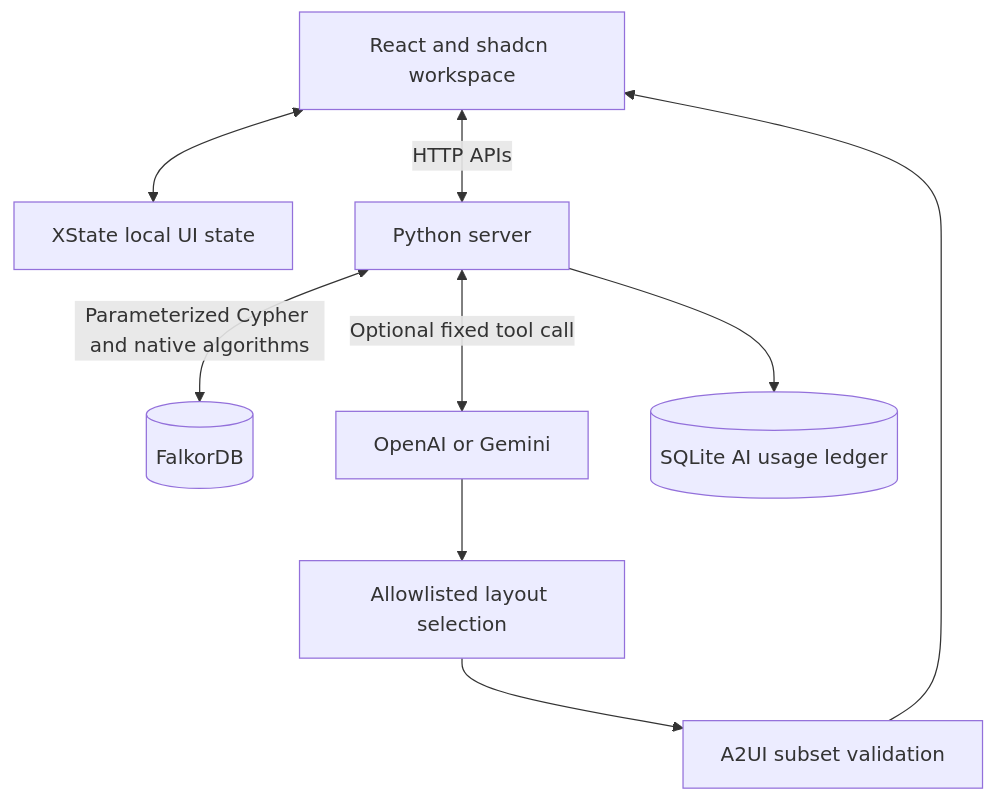
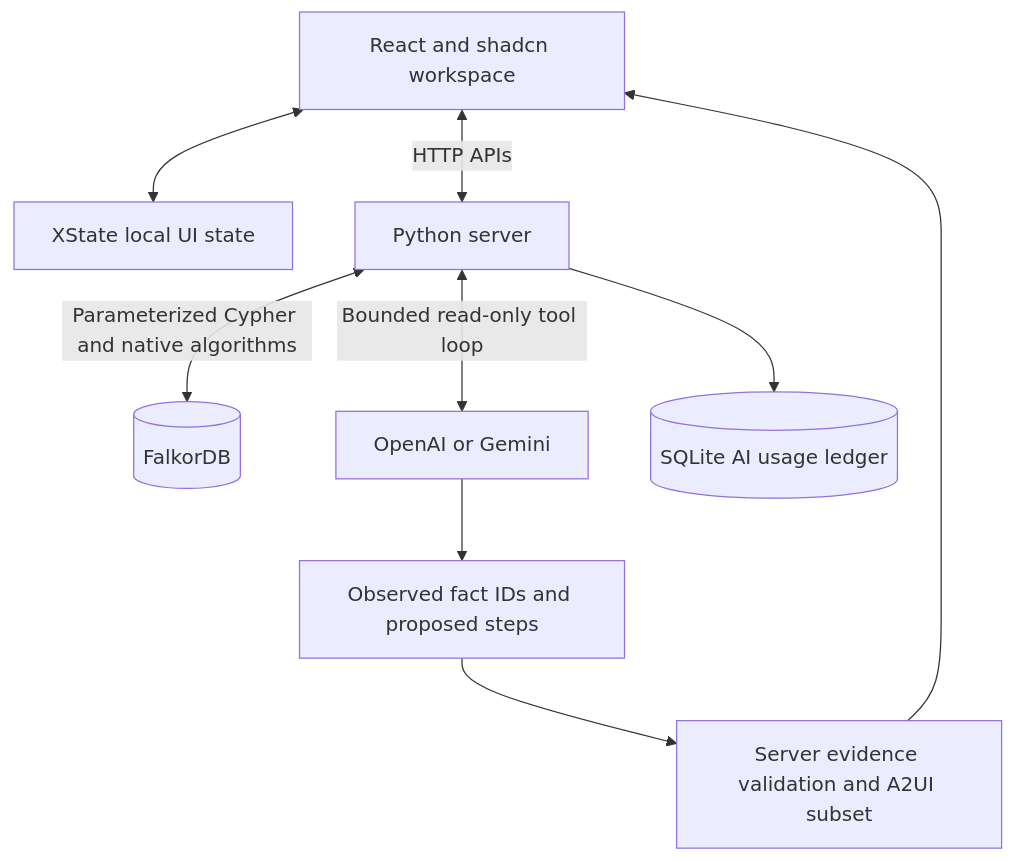
Before and after one commit to sasivarnan/workweave-falkordb: the first of 3 diagrams in README.md, drawn with Mermaid. The commit also changed other lines of this file and 13 other files, not shown here.

Commit message:
Add read-only decision impact agent with verified graph answers

````diff
--- a/README.md
+++ b/README.md
@@ -122,11 +122,11 @@
 ```mermaid
 flowchart TB
     Browser[React and shadcn workspace] <--> State[XState local UI state]
     Browser <-->|HTTP APIs| Server[Python server]
     Server <-->|Parameterized Cypher and native algorithms| Graph[(FalkorDB)]
-    Server <-->|Optional fixed tool call| AI[OpenAI or Gemini]
-    AI --> Layout[Allowlisted layout selection]
-    Layout --> Validate[A2UI subset validation]
+    Server <-->|Bounded read-only tool loop| AI[OpenAI or Gemini]
+    AI --> Evidence[Observed fact IDs and proposed steps]
+    Evidence --> Validate[Server evidence validation and A2UI subset]
     Validate --> Browser
     Server --> Ledger[(SQLite AI usage ledger)]
 ```
````
